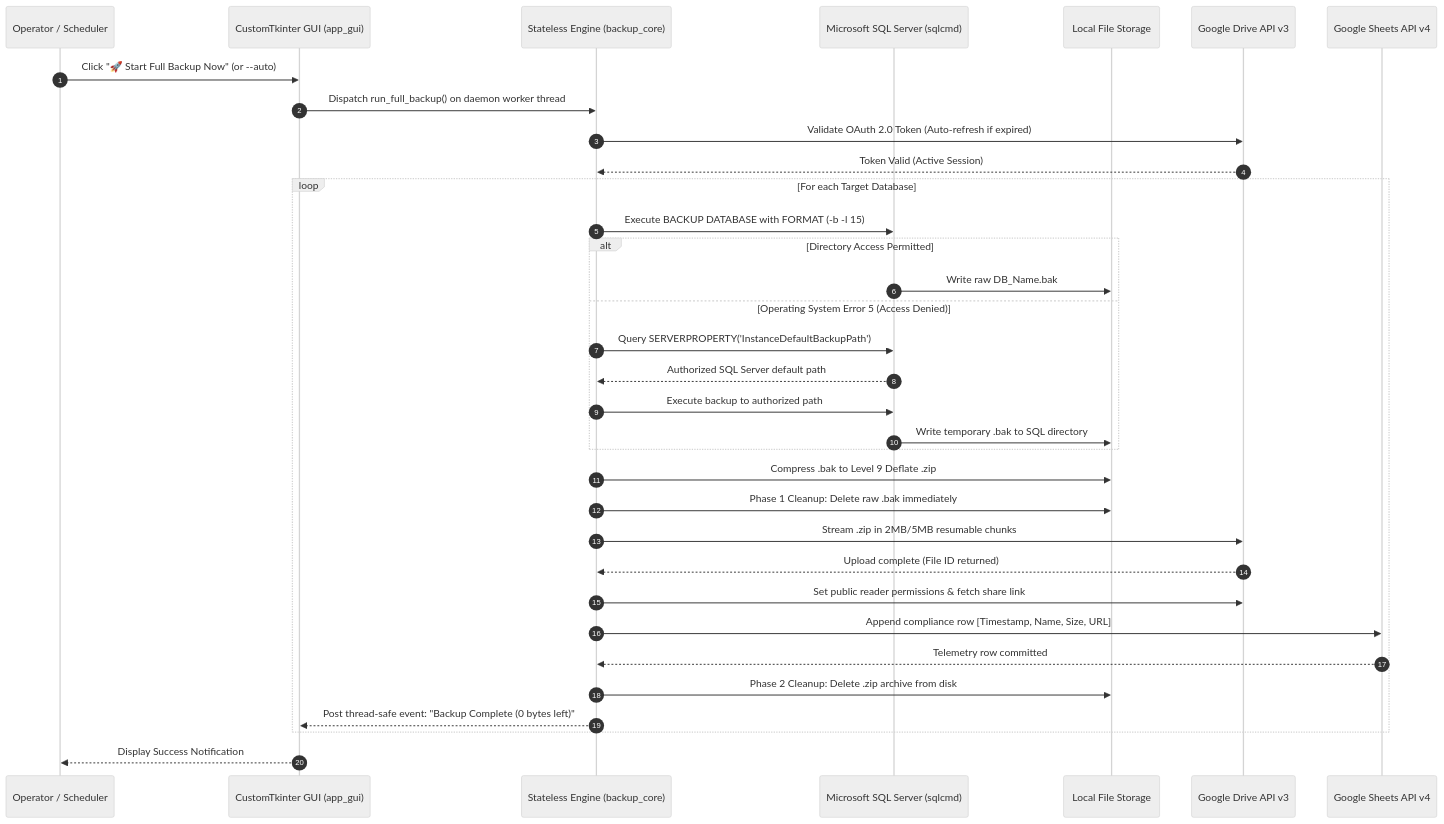
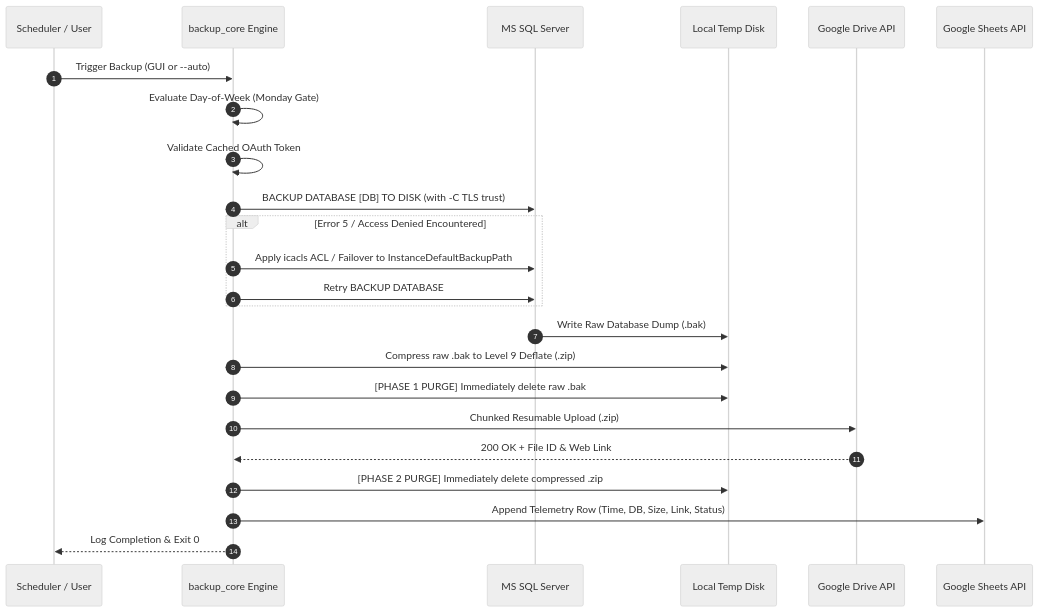
Before and after one commit to dulnindu123/Database-Backup-Automation: the diagram in BackupAutomation_Documentation.md, drawn with Mermaid (neutral theme). The commit also changed other lines of this file and 11 other files, not shown here.

Commit message:
feat: add live upload speed, ETA, progress metrics, multi-day scheduling, and robust uninstallation architecture

````diff
--- a/BackupAutomation_Documentation.md
+++ b/BackupAutomation_Documentation.md
@@ -90,42 +139,27 @@
 ```mermaid
 sequenceDiagram
     autonumber
-    participant Op as Operator / Scheduler
-    participant UI as CustomTkinter GUI (app_gui)
-    participant Core as Stateless Engine (backup_core)
-    participant SQL as Microsoft SQL Server (sqlcmd)
-    participant Disk as Local File Storage
-    participant Drive as Google Drive API v3
-    participant Sheet as Google Sheets API v4
+    participant Sch as Scheduler / User
+    participant Core as backup_core Engine
+    participant SQL as MS SQL Server
+    participant Disk as Local Temp Disk
+    participant GDrive as Google Drive API
+    participant GSheet as Google Sheets API
 
-    Op->>UI: Click "🚀 Start Full Backup Now" (or --auto)
-    UI->>Core: Dispatch run_full_backup() on daemon worker thread
-    Core->>Drive: Validate OAuth 2.0 Token (Auto-refresh if expired)
-    Drive-->>Core: Token Valid (Active Session)
-
-    loop For each Target Database
-        Core->>SQL: Execute BACKUP DATABASE with FORMAT (-b -l 15)
-        alt Directory Access Permitted
-            SQL->>Disk: Write raw DB_Name.bak
-        else Operating System Error 5 (Access Denied)
-            Core->>SQL: Query SERVERPROPERTY('InstanceDefaultBackupPath')
-            SQL-->>Core: Authorized SQL Server default path
-            Core->>SQL: Execute backup to authorized path
-            SQL->>Disk: Write temporary .bak to SQL directory
-        end
-
-        Core->>Disk: Compress .bak to Level 9 Deflate .zip
-        Core->>Disk: Phase 1 Cleanup: Delete raw .bak immediately
-        
-        Core->>Drive: Stream .zip in 2MB/5MB resumable chunks
-        Drive-->>Core: Upload complete (File ID returned)
-        Core->>Drive: Set public reader permissions & fetch share link
-
-        Core->>Sheet: Append compliance row [Timestamp, Name, Size, URL]
-        Sheet-->>Core: Telemetry row committed
-
-        Core->>Disk: Phase 2 Cleanup: Delete .zip archive from disk
-        Core-->>UI: Post thread-safe event: "Backup Complete (0 bytes left)"
+    Sch->>Core: Trigger Backup (GUI or --auto)
+    Core->>Core: Evaluate Day-of-Week (Monday Gate)
+    Core->>Core: Validate Cached OAuth Token
+    Core->>SQL: BACKUP DATABASE [DB] TO DISK (with -C TLS trust)
+    alt Error 5 / Access Denied Encountered
+        Core->>SQL: Apply icacls ACL / Failover to InstanceDefaultBackupPath
+        Core->>SQL: Retry BACKUP DATABASE
     end
-    UI-->>Op: Display Success Notification
+    SQL->>Disk: Write Raw Database Dump (.bak)
+    Core->>Disk: Compress raw .bak to Level 9 Deflate (.zip)
+    Core->>Disk: [PHASE 1 PURGE] Immediately delete raw .bak
+    Core->>GDrive: Chunked Resumable Upload (.zip)
+    GDrive-->>Core: 200 OK + File ID & Web Link
+    Core->>Disk: [PHASE 2 PURGE] Immediately delete compressed .zip
+    Core->>GSheet: Append Telemetry Row (Time, DB, Size, Link, Status)
+    Core-->>Sch: Log Completion & Exit 0
 ```
````
